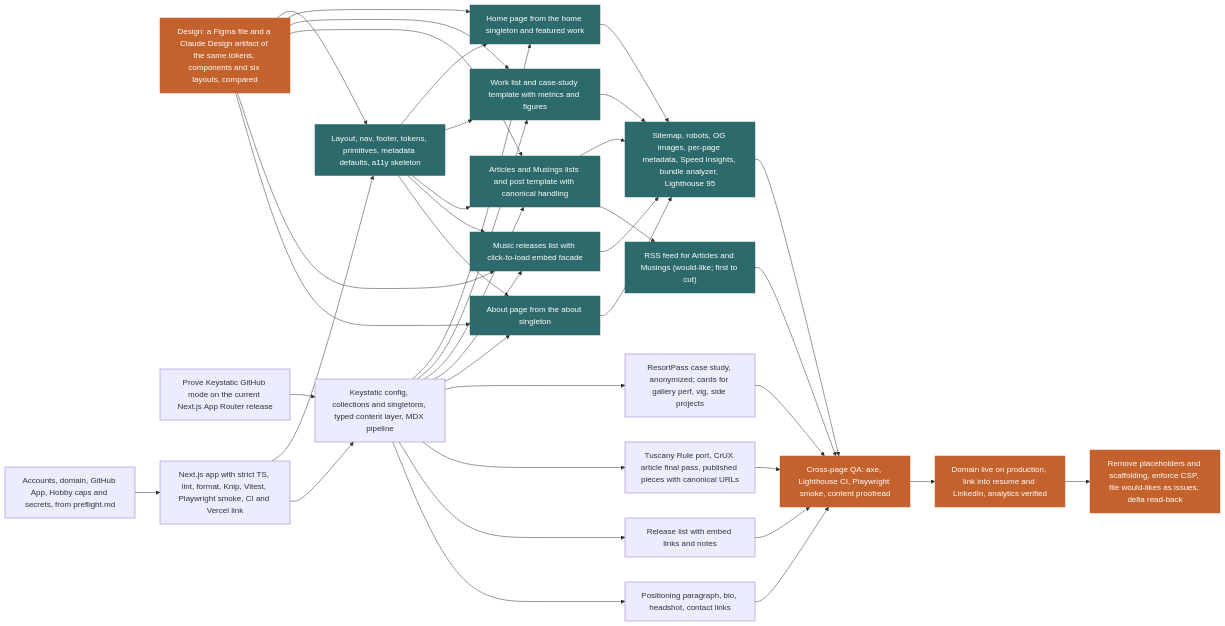
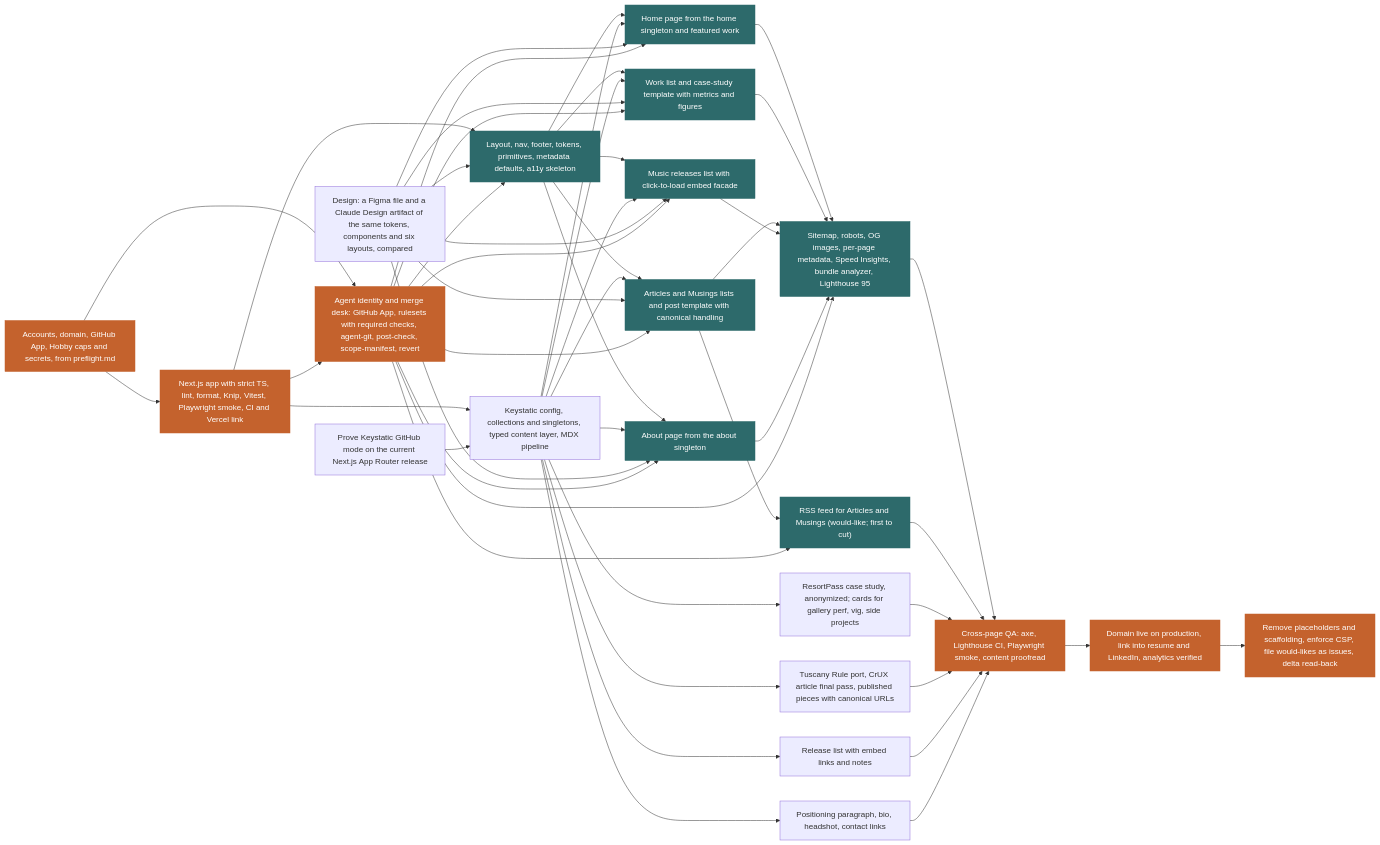
Before and after one commit to defaultdave/defaultdave: the diagram in docs/plan/plan-report.md, drawn with Mermaid. The commit also changed other lines of this file and 28 other files, not shown here.

Commit message:
Plan, design doc, tickets, portfolio-pm, ADR 0001 and merge-desk unit

````diff
--- a/docs/plan/plan-report.md
+++ b/docs/plan/plan-report.md
@@ -109,65 +107,76 @@
 ```mermaid
 graph LR
   u_preflight["Accounts, domain, GitHub App, Hobby caps and secrets, from preflight.md"]
   u_design["Design: a Figma file and a Claude Design artifact of the same tokens, components and six layouts, compared"]
   u_keystatic_spike["Prove Keystatic GitHub mode on the current Next.js App Router release"]
   u_scaffold["Next.js app with strict TS, lint, format, Knip, Vitest, Playwright smoke, CI and Vercel link"]
+  u_merge_desk["Agent identity and merge desk: GitHub App, rulesets with required checks, agent-git, post-check, scope-manifest, revert"]
   u_shell["Layout, nav, footer, tokens, primitives, metadata defaults, a11y skeleton"]
   u_cms["Keystatic config, collections and singletons, typed content layer, MDX pipeline"]
   u_page_home["Home page from the home singleton and featured work"]
   u_page_work["Work list and case-study template with metrics and figures"]
   u_page_writing["Articles and Musings lists and post template with canonical handling"]
   u_page_music["Music releases list with click-to-load embed facade"]
   u_page_about["About page from the about singleton"]
   u_content_work["ResortPass case study, anonymized; cards for gallery perf, vig, side projects"]
   u_content_writing["Tuscany Rule port, CrUX article final pass, published pieces with canonical URLs"]
   u_content_music["Release list with embed links and notes"]
   u_content_home_about["Positioning paragraph, bio, headshot, contact links"]
   u_seo_perf["Sitemap, robots, OG images, per-page metadata, Speed Insights, bundle analyzer, Lighthouse 95"]
   u_feed["RSS feed for Articles and Musings (would-like; first to cut)"]
   u_qa_pass["Cross-page QA: axe, Lighthouse CI, Playwright smoke, content proofread"]
   u_launch["Domain live on production, link into resume and LinkedIn, analytics verified"]
   u_tail["Remove placeholders and scaffolding, enforce CSP, file would-likes as issues, delta read-back"]
   u_preflight --> u_scaffold
+  u_preflight --> u_merge_desk
+  u_scaffold --> u_merge_desk
   u_scaffold --> u_shell
   u_design --> u_shell
+  u_merge_desk --> u_shell
   u_scaffold --> u_cms
   u_keystatic_spike --> u_cms
   u_shell --> u_page_home
   u_cms --> u_page_home
   u_design --> u_page_home
+  u_merge_desk --> u_page_home
   u_shell --> u_page_work
   u_cms --> u_page_work
   u_design --> u_page_work
+  u_merge_desk --> u_page_work
   u_shell --> u_page_writing
   u_cms --> u_page_writing
   u_design --> u_page_writing
+  u_merge_desk --> u_page_writing
   u_shell --> u_page_music
   u_cms --> u_page_music
   u_design --> u_page_music
+  u_merge_desk --> u_page_music
   u_shell --> u_page_about
   u_cms --> u_page_about
   u_design --> u_page_about
+  u_merge_desk --> u_page_about
   u_cms --> u_content_work
   u_cms --> u_content_writing
   u_cms --> u_content_music
   u_cms --> u_content_home_about
   u_page_home --> u_seo_perf
   u_page_work --> u_seo_perf
   u_page_writing --> u_seo_perf
   u_page_music --> u_seo_perf
   u_page_about --> u_seo_perf
+  u_merge_desk --> u_seo_perf
   u_page_writing --> u_feed
+  u_merge_desk --> u_feed
   u_seo_perf --> u_qa_pass
   u_feed --> u_qa_pass
   u_content_work --> u_qa_pass
   u_content_writing --> u_qa_pass
   u_content_music --> u_qa_pass
   u_content_home_about --> u_qa_pass
   u_qa_pass --> u_launch
   u_launch --> u_tail
   classDef critical fill:#c4622d,stroke:#c4622d,color:#ffffff
   classDef fanout fill:#2d6a6b,stroke:#2d6a6b,color:#ffffff
-  class u_design,u_shell,u_page_work,u_page_writing,u_seo_perf,u_qa_pass,u_launch,u_tail critical
+  class u_preflight,u_scaffold,u_merge_desk,u_shell,u_page_work,u_page_writing,u_seo_perf,u_qa_pass,u_launch,u_tail critical
   class u_shell,u_page_home,u_page_work,u_page_writing,u_page_music,u_page_about,u_seo_perf,u_feed fanout
 ```
````
